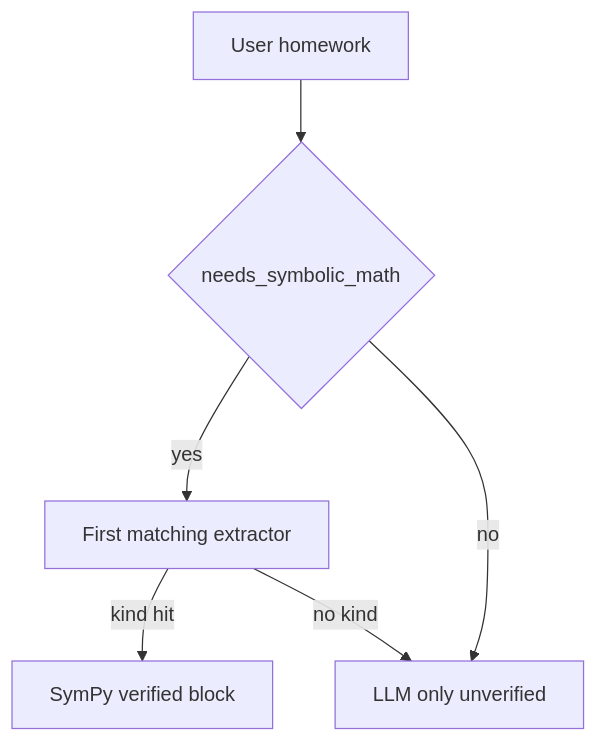
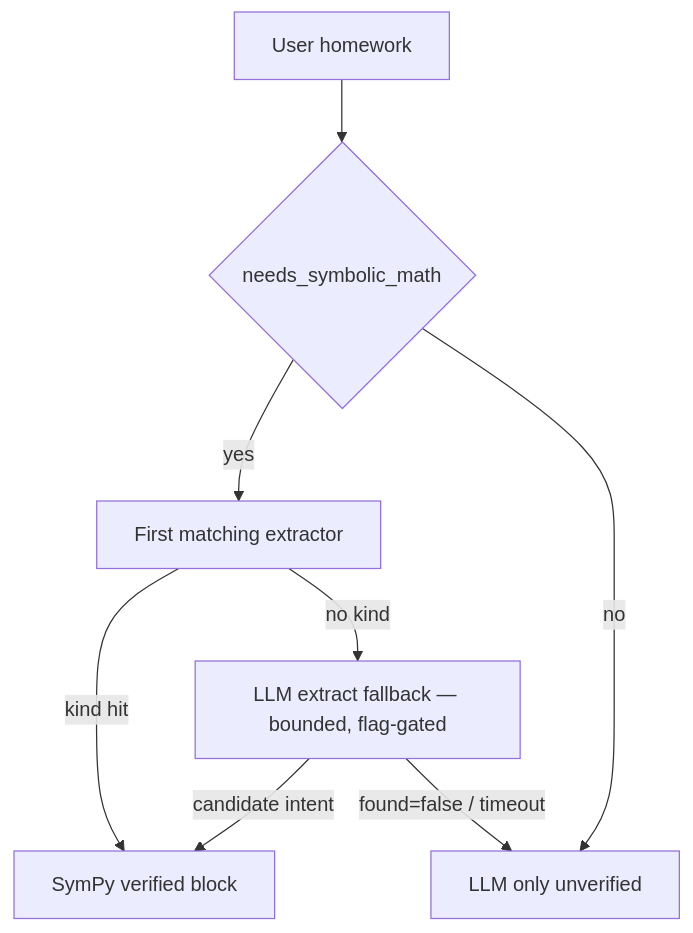
Before and after one commit to bennnnnn/recall: the diagram in docs/math.md, drawn with Mermaid. The commit also changed other lines of this file and 2 other files, not shown here.

First line of the commit message:
docs: refresh math pipeline docs for Skia graphs, MathJax-SVG, LLM extract (#1404)

````diff
--- a/docs/math.md
+++ b/docs/math.md
@@ -88,13 +88,16 @@
 ```mermaid
 flowchart TB
   ask[User homework]
   need{needs_symbolic_math}
   ext[First matching extractor]
+  llmx[LLM extract fallback — bounded, flag-gated]
   sympy[SymPy verified block]
   llm[LLM only unverified]
   ask --> need
   need -->|yes| ext
   need -->|no| llm
   ext -->|kind hit| sympy
-  ext -->|no kind| llm
+  ext -->|no kind| llmx
+  llmx -->|candidate intent| sympy
+  llmx -->|found=false / timeout| llm
 ```
````
